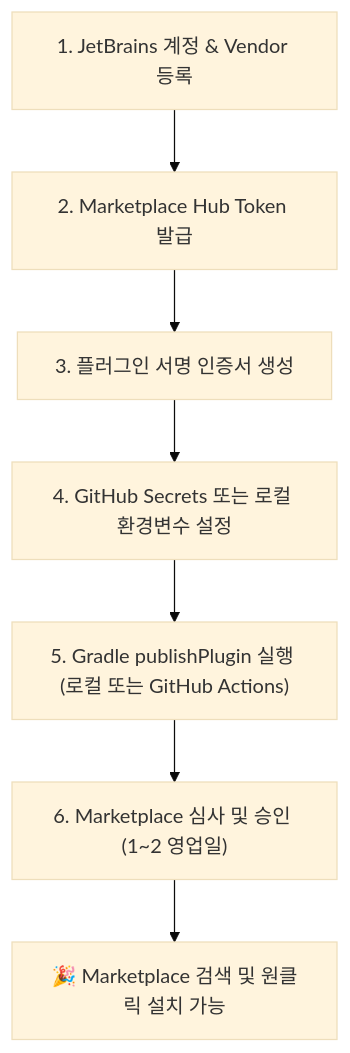
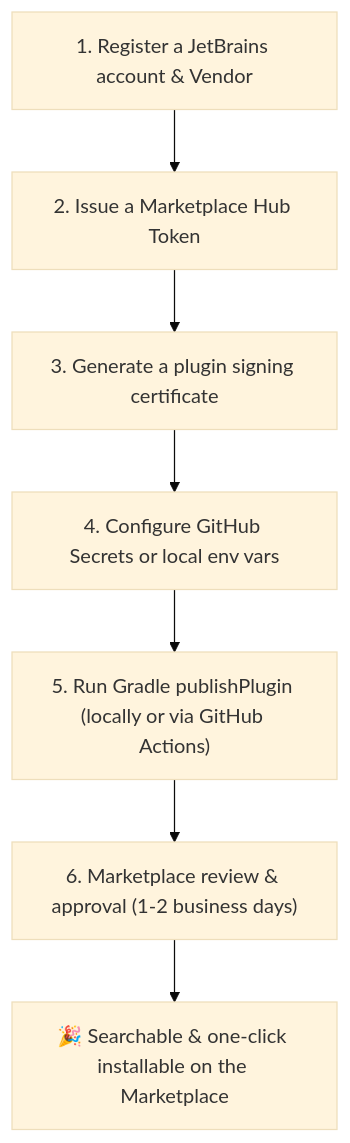
The diagram in docs/MARKETPLACE_PUBLISHING.md (sweetpark/mybatis-sql-tuner-ai), drawn with Mermaid (base theme) before and after one commit. The commit also changed other lines of this file and 7 other files, not shown here.

````diff
--- a/docs/MARKETPLACE_PUBLISHING.md
+++ b/docs/MARKETPLACE_PUBLISHING.md
@@ -9,9 +10,9 @@
 ```mermaid
 flowchart TD
-    A["1. JetBrains 계정 & Vendor 등록"] --> B["2. Marketplace Hub Token 발급"]
-    B --> C["3. 플러그인 서명 인증서 생성"]
-    C --> D["4. GitHub Secrets 또는 로컬 환경변수 설정"]
-    D --> E["5. Gradle publishPlugin 실행 (로컬 또는 GitHub Actions)"]
-    E --> F["6. Marketplace 심사 및 승인 (1~2 영업일)"]
-    F --> G["🎉 Marketplace 검색 및 원클릭 설치 가능"]
+    A["1. Register a JetBrains account & Vendor"] --> B["2. Issue a Marketplace Hub Token"]
+    B --> C["3. Generate a plugin signing certificate"]
+    C --> D["4. Configure GitHub Secrets or local env vars"]
+    D --> E["5. Run Gradle publishPlugin (locally or via GitHub Actions)"]
+    E --> F["6. Marketplace review & approval (1-2 business days)"]
+    F --> G["🎉 Searchable & one-click installable on the Marketplace"]
 ```
````
